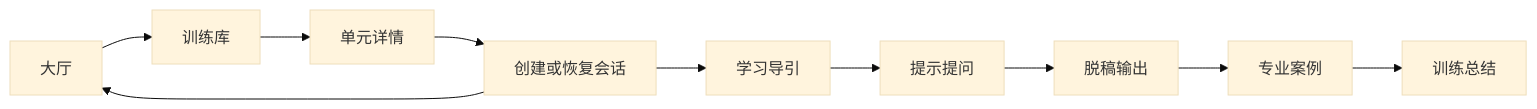
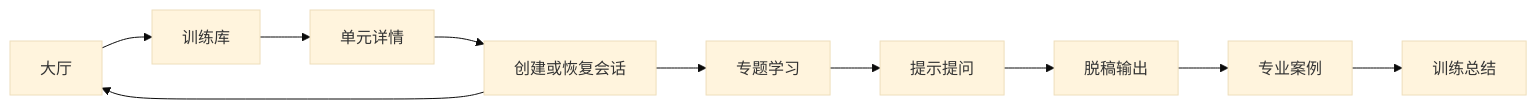
The diagram in tools/practice_tool/docs/architecture/implementation_status.md (FormingSystem/linux_note), drawn with Mermaid (base theme) before and after one commit. The commit also changed other lines of this file and 81 other files, not shown here.

````diff
--- a/tools/practice_tool/docs/architecture/implementation_status.md
+++ b/tools/practice_tool/docs/architecture/implementation_status.md
@@ -20,12 +20,12 @@
 ```mermaid
 flowchart LR
     L[大厅] --> LIB[训练库]
     LIB --> D[单元详情]
     D --> S[创建或恢复会话]
-    S --> LEARN[学习导引]
+    S --> LEARN[专题学习]
     LEARN --> GUIDE[提示提问]
     GUIDE --> MODEL[脱稿输出]
     MODEL --> CASE[专业案例]
     CASE --> SUMMARY[训练总结]
     S --> L
 ```
````
